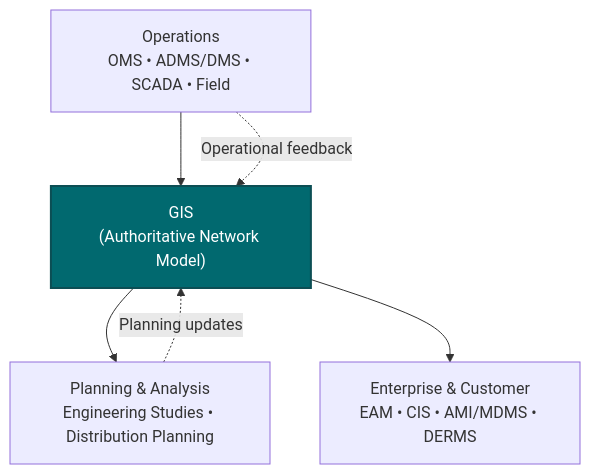
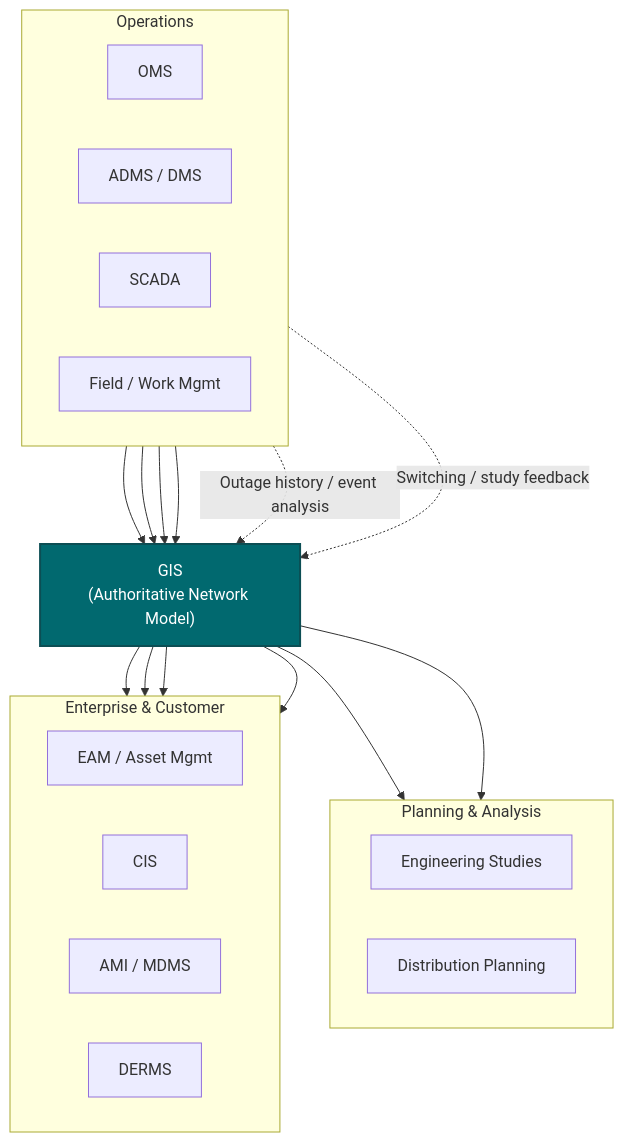
Before and after one commit to joemarshgis/admsreadiness: the diagram in content/posts/2026-01-gis-in-the-center-architecture.md, drawn with Mermaid. The commit also changed other lines of this file and 4 other files, not shown here.

````diff
--- a/content/posts/2026-01-gis-in-the-center-architecture.md
+++ b/content/posts/2026-01-gis-in-the-center-architecture.md
@@ -24,13 +24,44 @@
 ```mermaid
 flowchart TB
   GIS["GIS<br/>(Authoritative Network Model)"]:::center
 
-  OPS["Operations<br/>OMS • ADMS/DMS • SCADA • Field"] --> GIS
-  GIS --> PLAN["Planning & Analysis<br/>Engineering Studies • Distribution Planning"]
-  GIS --> ENT["Enterprise & Customer<br/>EAM • CIS • AMI/MDMS • DERMS"]
+  subgraph OPS["Operations"]
+    direction LR
+    OMS["OMS"]
+    ADMS["ADMS / DMS"]
+    SCADA["SCADA"]
+    FIELD["Field / Work Mgmt"]
+  end
 
-  OPS -. "Operational feedback" .-> GIS
-  PLAN -. "Planning updates" .-> GIS
+  subgraph PLAN["Planning & Analysis"]
+    direction LR
+    ENG["Engineering Studies"]
+    DISTPLAN["Distribution Planning"]
+  end
+
+  subgraph ENT["Enterprise & Customer"]
+    direction LR
+    EAM["EAM / Asset Mgmt"]
+    CIS["CIS"]
+    AMI["AMI / MDMS"]
+    DERMS["DERMS"]
+  end
+
+  OMS --> GIS
+  ADMS --> GIS
+  SCADA --> GIS
+  FIELD --> GIS
+
+  GIS --> ENG
+  GIS --> DISTPLAN
+
+  GIS --> EAM
+  GIS --> CIS
+  GIS --> AMI
+  GIS --> DERMS
+
+  OMS -. "Outage history / event analysis" .-> GIS
+  ADMS -. "Switching / study feedback" .-> GIS
 
   classDef center fill:#01696f,stroke:#0c4e54,color:#ffffff,stroke-width:2px;
 ```
````
